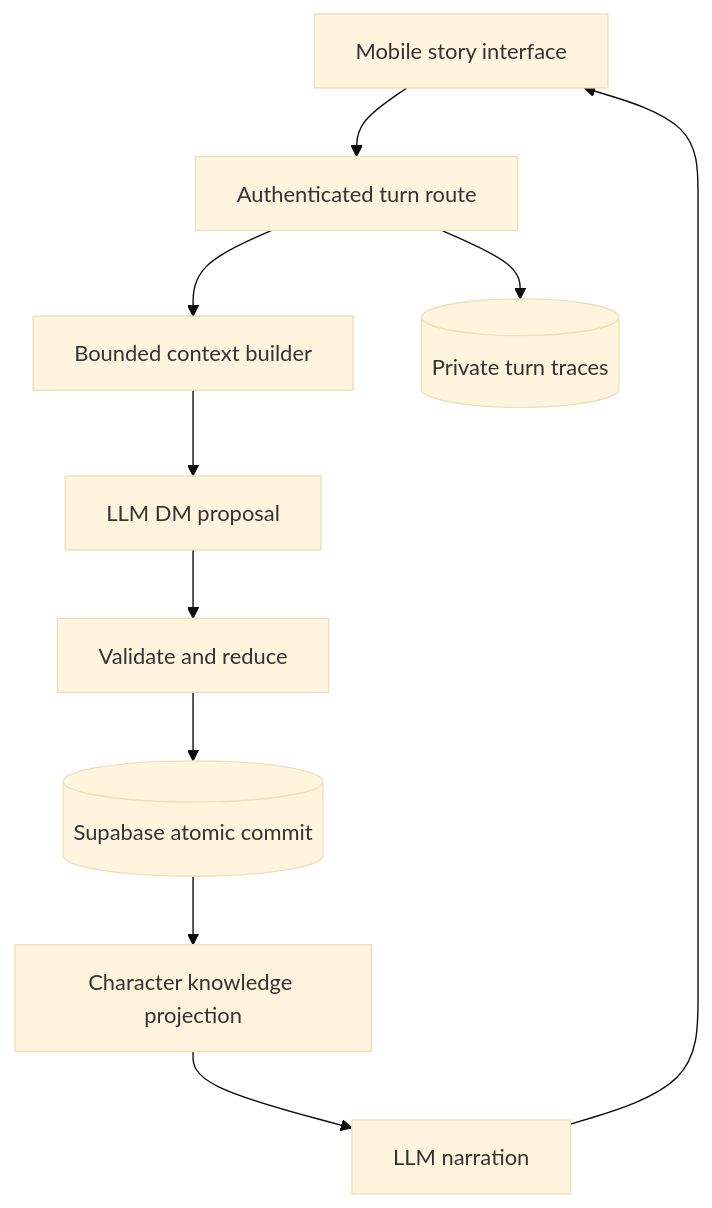
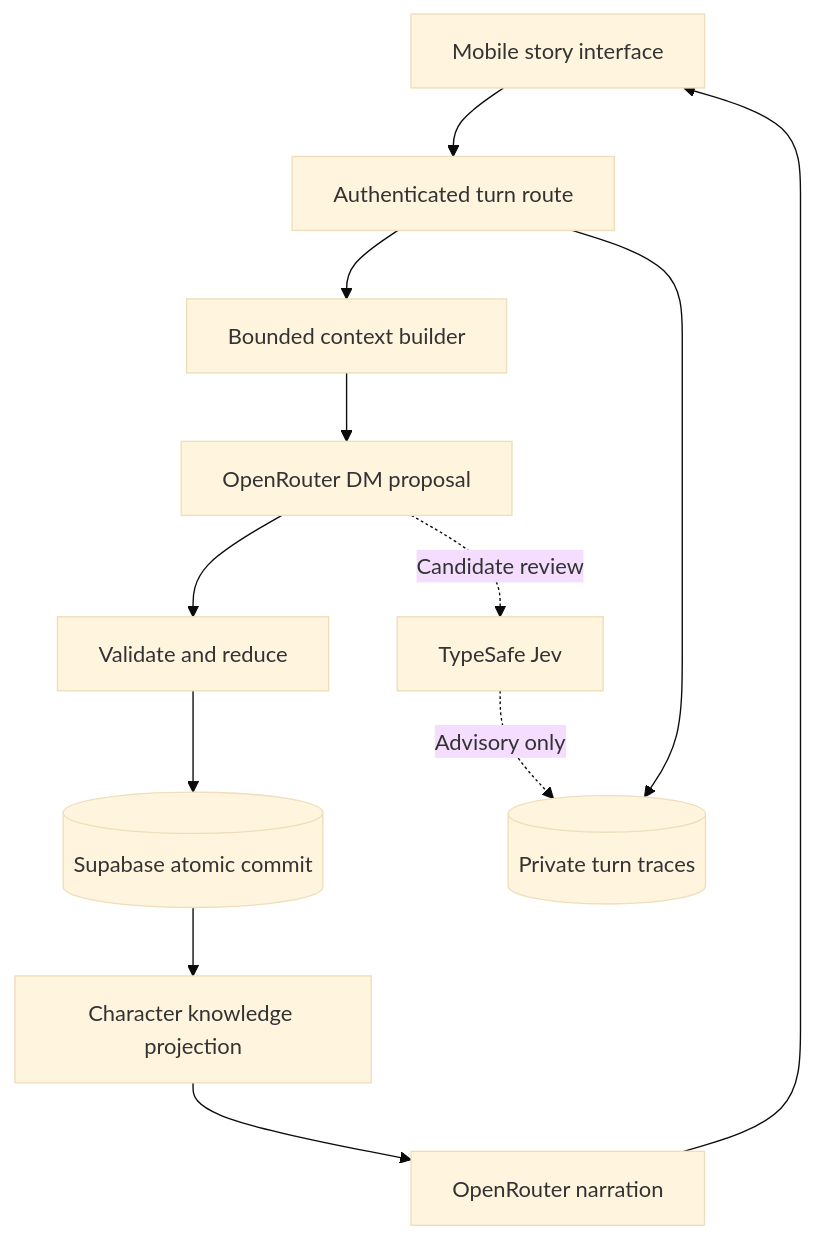
Before and after one commit to rkwai/story-quest: the diagram in docs/architecture.md, drawn with Mermaid (base theme). The commit also changed other lines of this file and 16 other files, not shown here.

Commit message:
feat: route DM and narration through OpenRouter with Jev continuity reviews

````diff
--- a/docs/architecture.md
+++ b/docs/architecture.md
@@ -7,12 +7,14 @@
 ```mermaid
 flowchart TD
   UI[Mobile story interface] --> API[Authenticated turn route]
   API --> Context[Bounded context builder]
-  Context --> DM[LLM DM proposal]
+  Context --> DM[OpenRouter DM proposal]
   DM --> Engine[Validate and reduce]
   Engine --> DB[(Supabase atomic commit)]
+  DM -. Candidate review .-> Jev[TypeSafe Jev]
+  Jev -. Advisory only .-> Trace
   DB --> View[Character knowledge projection]
-  View --> Narrator[LLM narration]
+  View --> Narrator[OpenRouter narration]
   Narrator --> UI
   API --> Trace[(Private turn traces)]
 ```
````
